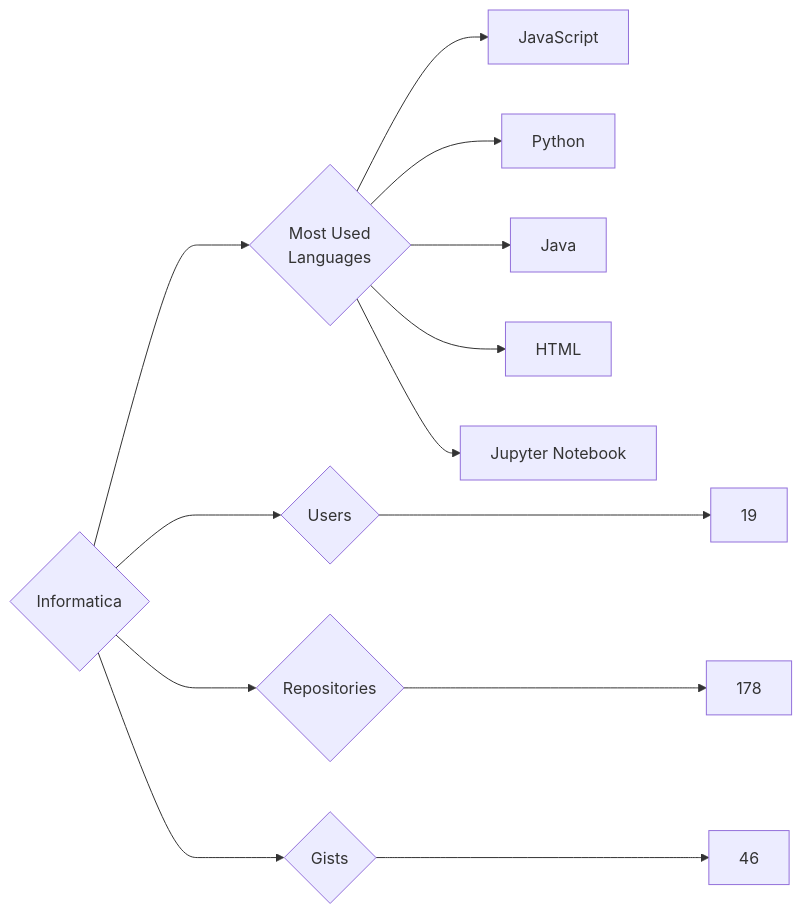
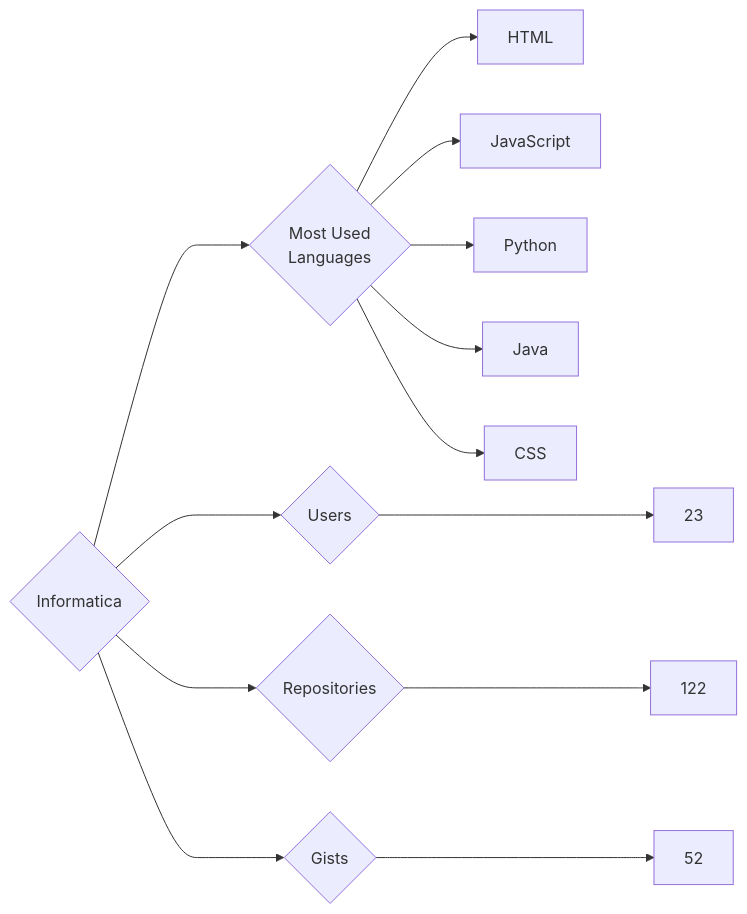
One commit to trickest/insiders changed the diagram in targets/Informatica/README.md. Above: the diagram before and after it, drawn with Mermaid. The commit also changed 773 other files, not shown here.

````diff
--- a/targets/Informatica/README.md
+++ b/targets/Informatica/README.md
@@ -3,13 +3,13 @@
 ```mermaid
 graph LR
 COMPANY_NAME{Informatica}
-COMPANY_NAME ---> U{Users} ---> UN[19]
-COMPANY_NAME ---> R{Repositories} ---> RN[178]
-COMPANY_NAME ---> G{Gists} ---> GN[46]
+COMPANY_NAME ---> U{Users} ---> UN[23]
+COMPANY_NAME ---> R{Repositories} ---> RN[122]
+COMPANY_NAME ---> G{Gists} ---> GN[52]
 COMPANY_NAME ---> ML{Most Used<br>Languages}
+ML --> HTML[HTML]
 ML --> JavaScript[JavaScript]
 ML --> Python[Python]
 ML --> Java[Java]
-ML --> HTML[HTML]
-ML --> Jupyter_Notebook[Jupyter Notebook]
+ML --> CSS[CSS]
 ```
````
